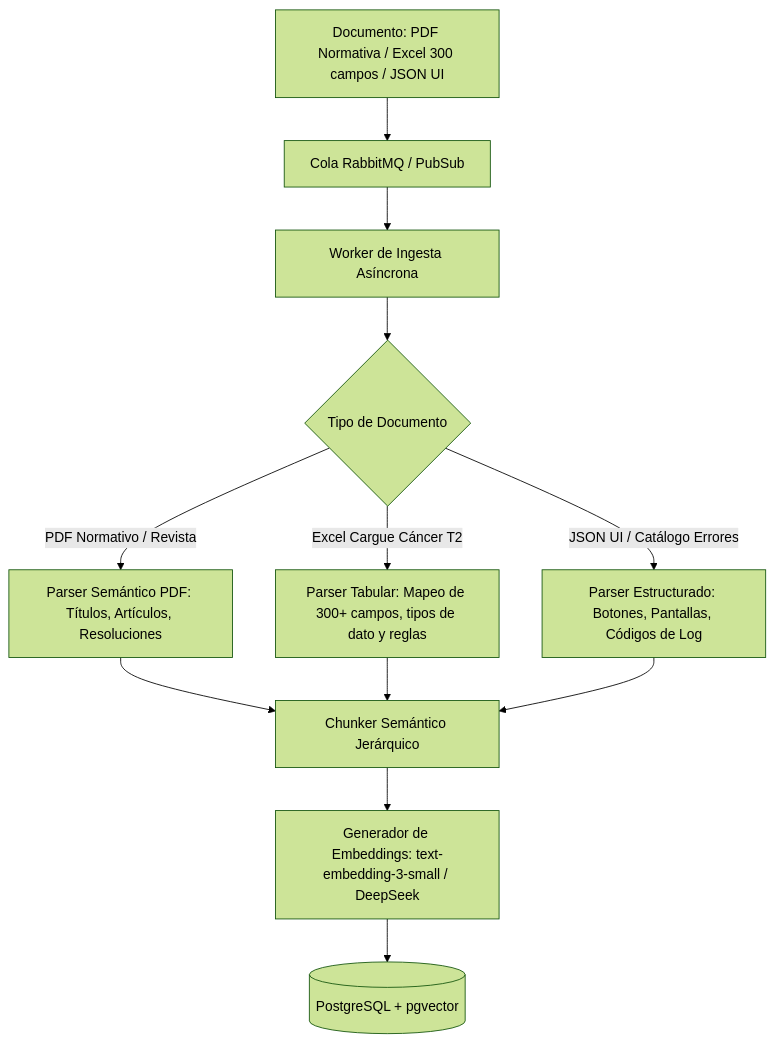
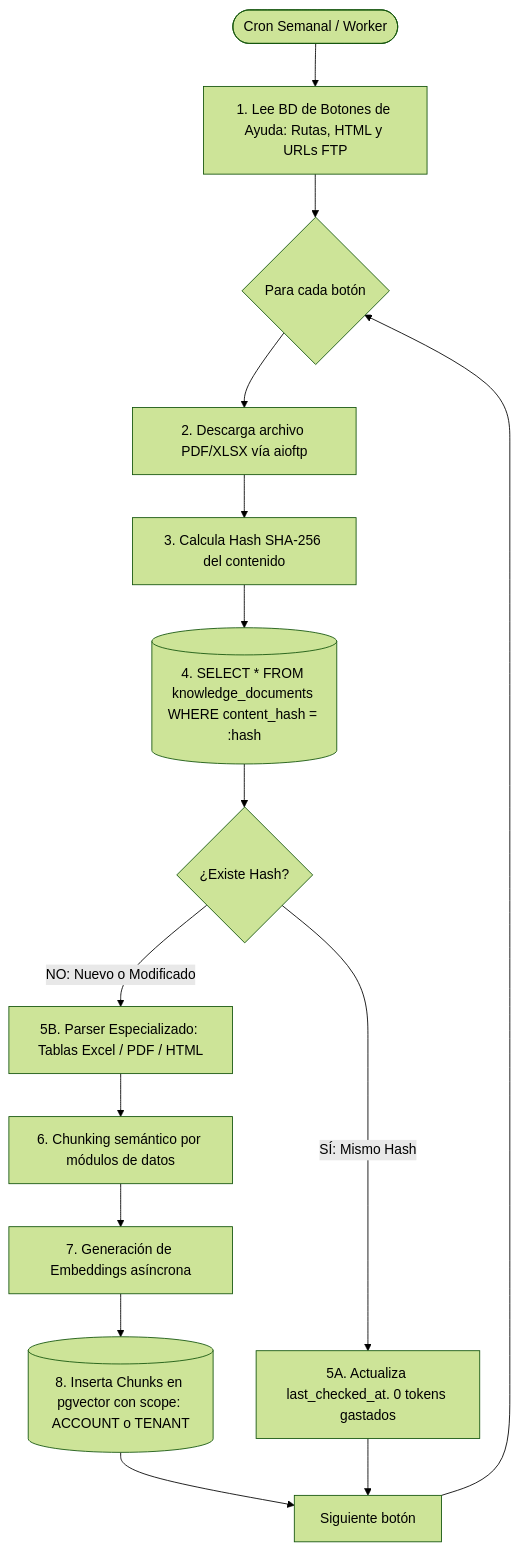
One commit to camilo-avendano1/Proyecto-chat changed the diagram in plan-backend-saas-rag.md. Above: the diagram before and after it, drawn with Mermaid (forest theme). The commit also changed other lines of this file and 6 other files, not shown here.

Commit message:
docs: actualizar arquitectura a Python Clean Architecture, ingesta FTP y hashing SHA-256

````diff
--- a/plan-backend-saas-rag.md
+++ b/plan-backend-saas-rag.md
@@ -188,18 +195,23 @@
 ```mermaid
 flowchart TD
-    DocUpload[Documento: PDF Normativa / Excel 300 campos / JSON UI] --> Queue[Cola RabbitMQ / PubSub]
-    Queue --> Worker[Worker de Ingesta Asíncrona]
+    Cron([Cron Semanal / Worker]) --> QuerySourceDB[1. Lee BD de Botones de Ayuda: Rutas, HTML y URLs FTP]
+    QuerySourceDB --> LoopButtons{Para cada botón}
     
-    Worker --> Dispatcher{Tipo de Documento}
+    LoopButtons --> DownloadFTP[2. Descarga archivo PDF/XLSX vía aioftp]
+    DownloadFTP --> CalcHash[3. Calcula Hash SHA-256 del contenido]
     
-    Dispatcher -->|PDF Normativo / Revista| PdfParser[Parser Semántico PDF: Títulos, Artículos, Resoluciones]
-    Dispatcher -->|Excel Cargue Cáncer T2| XlsxParser[Parser Tabular: Mapeo de 300+ campos, tipos de dato y reglas]
-    Dispatcher -->|JSON UI / Catálogo Errores| JsonParser[Parser Estructurado: Botones, Pantallas, Códigos de Log]
+    CalcHash --> CheckDB[(4. SELECT * FROM knowledge_documents WHERE content_hash = :hash)]
     
-    PdfParser --> HierarchicalChunker[Chunker Semántico Jerárquico]
-    XlsxParser --> HierarchicalChunker
-    JsonParser --> HierarchicalChunker
+    CheckDB --> Exists{¿Existe Hash?}
     
-    HierarchicalChunker --> Embedder[Generador de Embeddings: text-embedding-3-small / DeepSeek]
-    Embedder --> PgVector[(PostgreSQL + pgvector)]
+    Exists -->|SÍ: Mismo Hash| Touch[5A. Actualiza last_checked_at. 0 tokens gastados]
+    Exists -->|NO: Nuevo o Modificado| ParseDoc[5B. Parser Especializado: Tablas Excel / PDF / HTML]
+    
+    ParseDoc --> SemanticChunk[6. Chunking semántico por módulos de datos]
+    SemanticChunk --> Embeddings[7. Generación de Embeddings asíncrona]
+    Embeddings --> InsertVector[(8. Inserta Chunks en pgvector con scope: ACCOUNT o TENANT)]
+    
+    InsertVector --> Next[Siguiente botón]
+    Touch --> Next
+    Next --> LoopButtons
 ```
````
